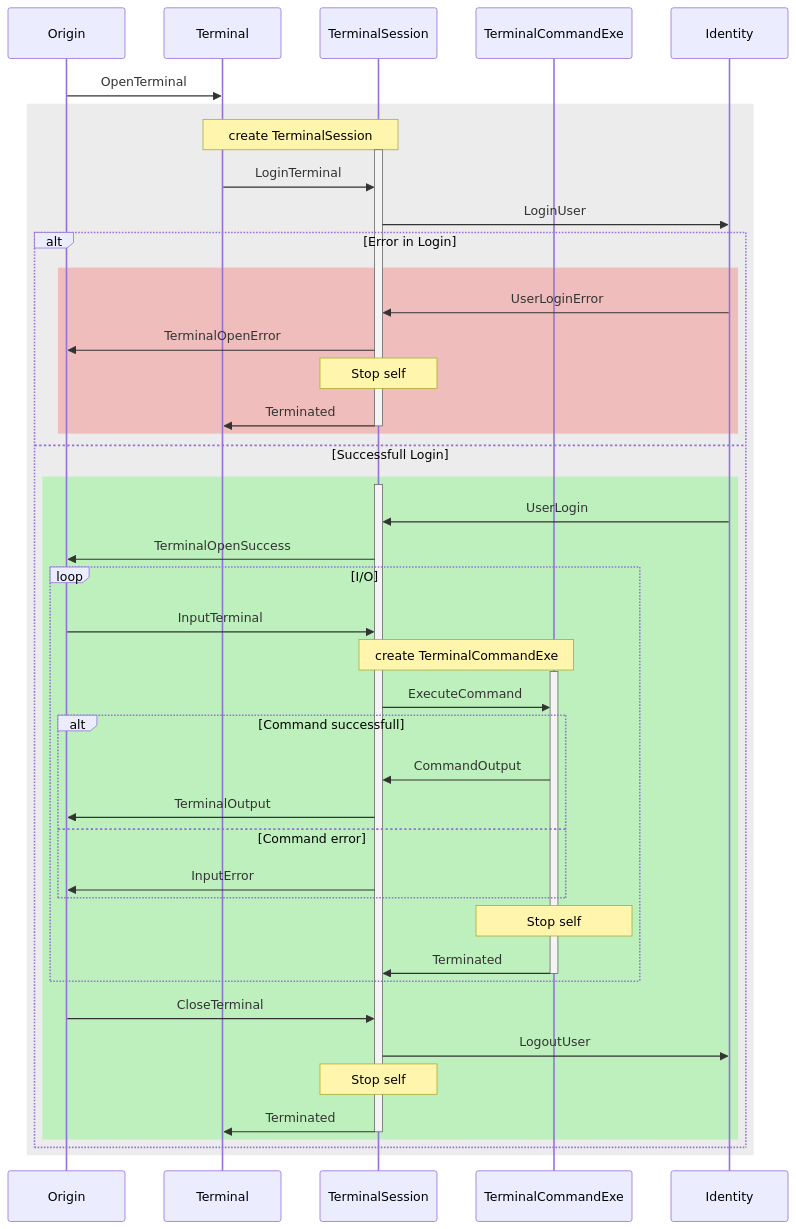
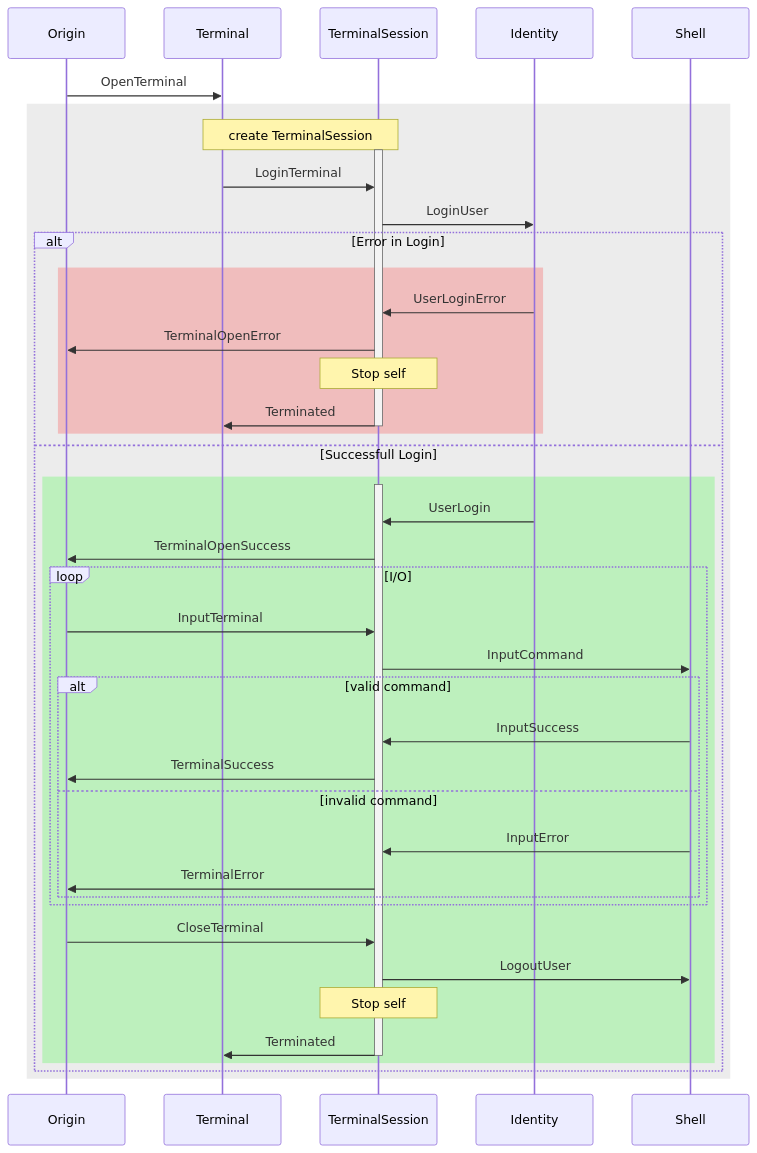
The diagram in src/Actor.GameHub.Terminal.Abstractions/terminal-model.mmd (flensrocker/Actor.GameHub), drawn with Mermaid before and after one commit. The commit also changed 16 other files, not shown here.

Commit message:
Refactored execution of Shell-Command

```diff
--- a/src/Actor.GameHub.Terminal.Abstractions/terminal-model.mmd
+++ b/src/Actor.GameHub.Terminal.Abstractions/terminal-model.mmd
@@ -1,49 +1,45 @@
 sequenceDiagram
   participant o as Origin
   participant t as Terminal
   participant ts as TerminalSession
-  participant tce as TerminalCommandExe
   participant id as Identity
+  participant sh as Shell
 
   o->>t:OpenTerminal
   rect rgba(160, 160, 160, .2)
     Note over t,ts:create TerminalSession
     activate ts
     t->>ts:LoginTerminal
     ts->>id:LoginUser
     alt Error in Login
       rect rgba(255, 0, 0, .2)
         id->>ts:UserLoginError
         ts->>o:TerminalOpenError
         Note over ts:Stop self
         ts->>t:Terminated
         deactivate ts
       end
     else Successfull Login
       rect rgba(0, 255, 0, .2)
         activate ts
         id->>ts:UserLogin
         ts->>o:TerminalOpenSuccess
         loop I/O
           o->>ts:InputTerminal
-          Note over ts,tce:create TerminalCommandExe
-          activate tce
-          ts->>tce:ExecuteCommand
-          alt Command successfull
-            tce->>ts:CommandOutput
-            ts->>o:TerminalOutput
-          else Command error
-            ts->>o:InputError
+          ts->>sh:InputCommand
+          alt valid command
+            sh->>ts:InputSuccess
+            ts->>o:TerminalSuccess
+          else invalid command
+            sh->>ts:InputError
+            ts->>o:TerminalError
           end
-          Note over tce:Stop self
-          tce->>ts:Terminated
-          deactivate tce
         end
         o->>ts:CloseTerminal
-        ts->>id:LogoutUser
+        ts->>sh:LogoutUser
         Note over ts:Stop self
         ts->>t:Terminated
         deactivate ts
       end
     end
   end
```
